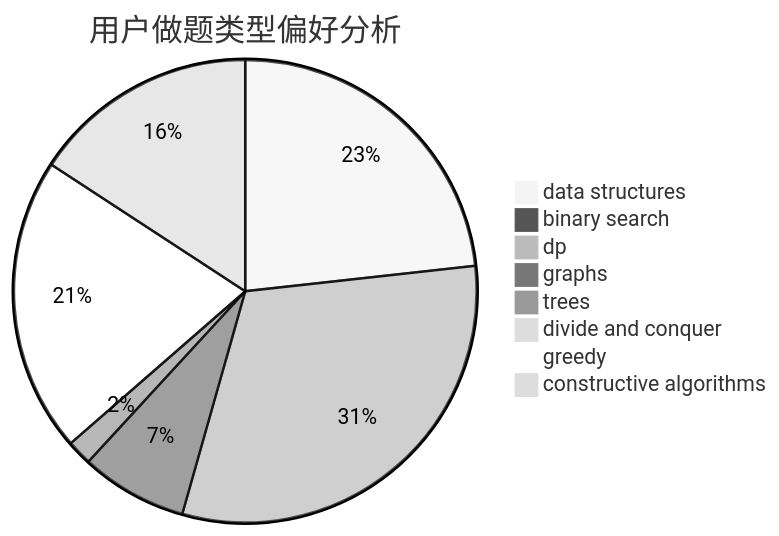
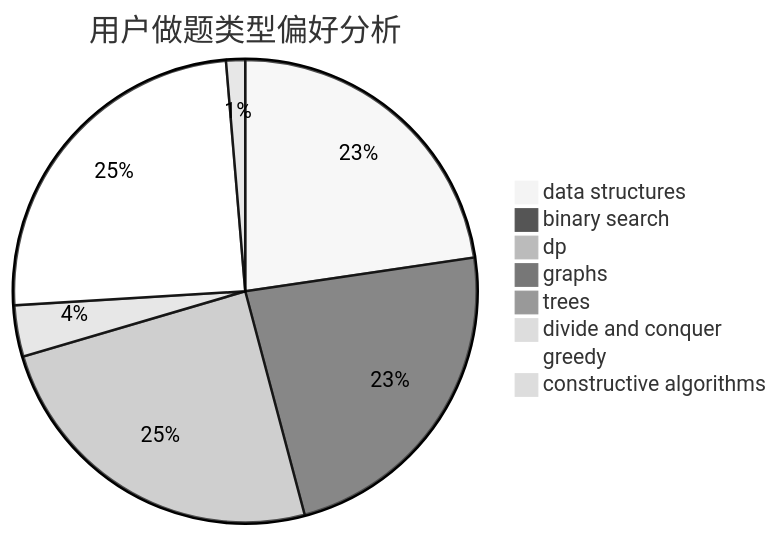
The second of 3 diagrams in docs/user/u1271.md (sherpahu/cfrs.github.io), drawn with Mermaid (neutral theme) before and after one commit. The commit also changed other lines of this file and 2770 other files, not shown here.

````diff
--- a/docs/user/u1271.md
+++ b/docs/user/u1271.md
@@ -23,11 +23,11 @@
 ```mermaid
 pie title 用户做题类型偏好分析
-    "data structures" :  53
-    "binary search" :  1
-    "dp" :  71
-    "graphs" :  17
-    "trees" :  4
-    "divide and conquer" :  0
-    "greedy" :  47
-    "constructive algorithms" :  36
+    "data structures" :  392
+    "binary search" :  401
+    "dp" :  425
+    "graphs" :  3
+    "trees" :  1
+    "divide and conquer" :  62
+    "greedy" :  426
+    "constructive algorithms" :  23
 ```
````
